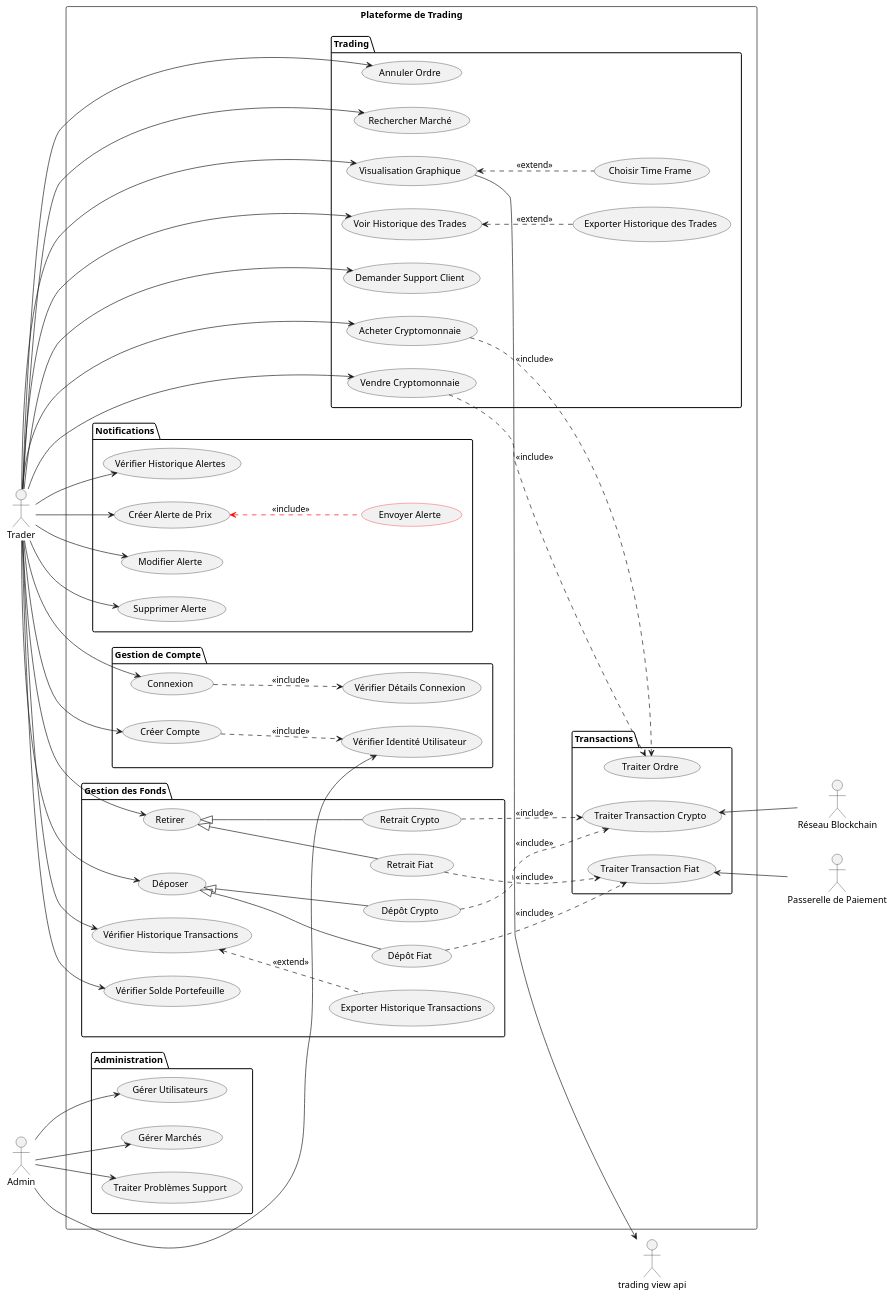
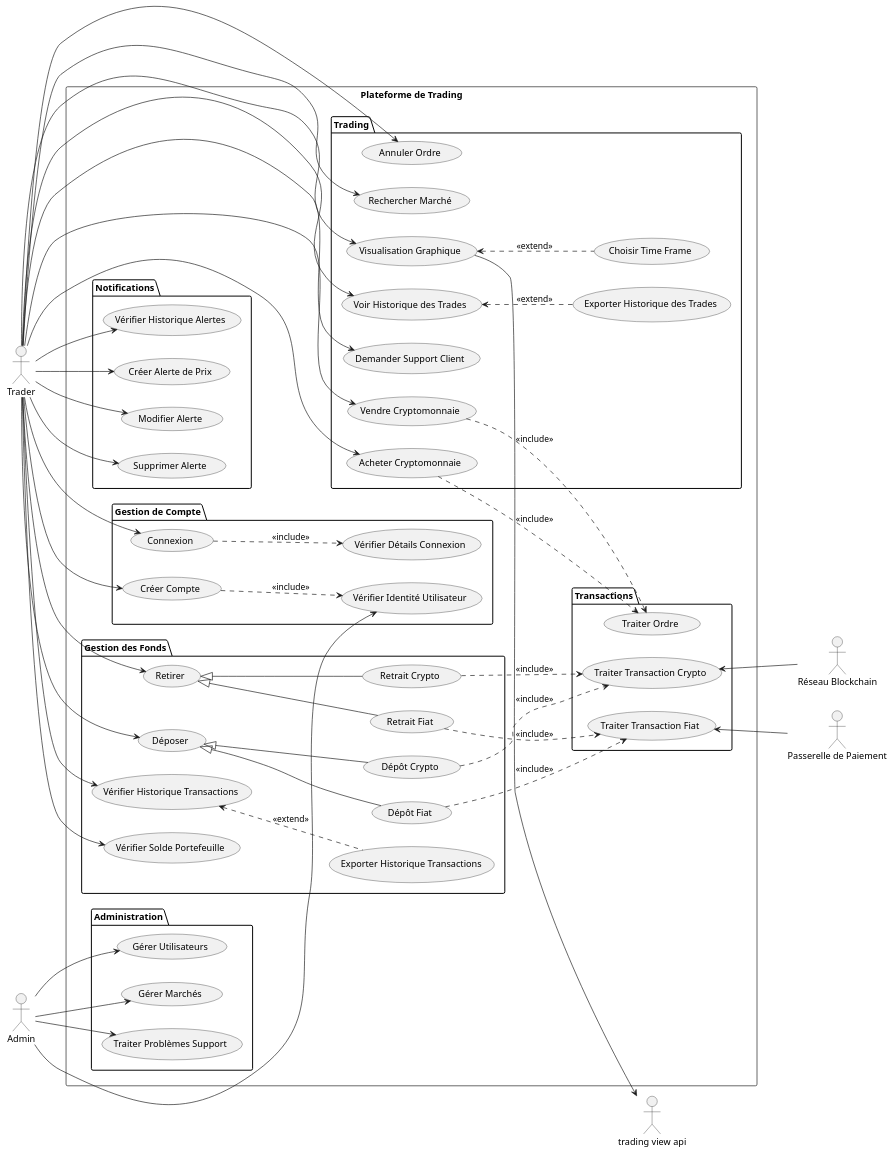
Before and after one commit to Hsouna-M/TradingPlatformConception: the diagram in Diagrams/Unofficial/usecase_francais.plantuml, drawn with PlantUML. The commit also changed 1 other file, not shown here.

Commit message:
fixed usecase and made first state diagram

```diff
--- a/Diagrams/Unofficial/usecase_francais.plantuml
+++ b/Diagrams/Unofficial/usecase_francais.plantuml
@@ -1,138 +1,136 @@
 @startuml tradingPlatform
 left to right direction
 
 
 actor "Trader" as t
 actor "Admin" as a
 actor "Réseau Blockchain" as blockchainNetwork
 actor "Passerelle de Paiement" as PaymentGateway
 actor "trading view api" as trading_api
 
 
 
 rectangle "Plateforme de Trading" {
 
     package Transactions{
         usecase "Traiter Transaction Crypto" as miningTransaction
         usecase "Traiter Transaction Fiat" as fiatAuthConf
         usecase "Traiter Ordre" as processOrder
 
     }
     package Trading{
 
         usecase "Annuler Ordre" as CancelOrder
         usecase "Rechercher Marché" as search
         usecase "Visualisation Graphique" as chart_visual
 
         usecase "Choisir Time Frame" as time_frame
 
         usecase "Voir Historique des Trades" as hist_trade
 
         usecase "Exporter Historique des Trades" as export
 
         usecase "Demander Support Client" as clientSupport
         usecase "Acheter Cryptomonnaie" as buy
         usecase "Vendre Cryptomonnaie" as sell
 
         chart_visual <.. time_frame : <<extend>>
         hist_trade <.. export : <<extend>>
 
 
 }
 
 buy ..> processOrder : <<include>>
 sell ..> processOrder : <<include>>
 
     package "Gestion des Fonds"{
 
         usecase "Déposer" as deposit
         usecase "Dépôt Crypto" as depositCrypto
         usecase "Dépôt Fiat" as depositFiat
         usecase "Retirer" as withdraw
         usecase "Retrait Crypto" as withdrawCrypto
         usecase "Retrait Fiat" as withdrawFiat
 
         usecase "Vérifier Historique Transactions" as transactionHistory
         usecase "Vérifier Solde Portefeuille" as balanceHistory
         usecase "Exporter Historique Transactions" as transactionHistory_export
 
         withdraw <|-- withdrawFiat
         withdraw <|-- withdrawCrypto
         deposit <|-- depositCrypto
         deposit <|-- depositFiat
         transactionHistory <.. transactionHistory_export : <<extend>>
 
 
      }
 
 withdrawCrypto ..> miningTransaction  : <<include>>
 depositCrypto ..> miningTransaction : <<include>>
 withdrawFiat ..> fiatAuthConf  : <<include>>
 depositFiat ..> fiatAuthConf  : <<include>>
 
    package Notifications {
 
-        usecase "Envoyer Alerte" as sendAlert #line:Red
         usecase "Vérifier Historique Alertes" as notif_history
         usecase "Créer Alerte de Prix" as createAlert
         usecase "Modifier Alerte" as modifyAlert
         usecase "Supprimer Alerte" as deleteAlert
 
 
-         createAlert <.. sendAlert #line:Red : <<include>>
 
     }
 
     package "Gestion de Compte"{
 
         usecase "Créer Compte" as register
         usecase "Connexion" as login
         usecase "Vérifier Détails Connexion" as verifyLogin
         usecase "Vérifier Identité Utilisateur" as verify_identity
 
         login ..> verifyLogin : <<include>>
         register ..> verify_identity : <<include>>
 
      }
     package Administration{
 
         usecase "Gérer Utilisateurs" as manage_users
         usecase "Gérer Marchés" as manage_markets
         usecase "Traiter Problèmes Support" as handleSupport
      }
 
 
 t --> sell
 t --> buy
 t --> chart_visual
 t --> search
 t --> CancelOrder
 t --> hist_trade
 t --> clientSupport
 
 t --> withdraw
 t --> deposit
 t --> transactionHistory
 t --> balanceHistory
 
 t --> register
 t --> login
 
 t --> createAlert
 t --> modifyAlert
 t --> notif_history
 t --> deleteAlert
 
 a --> manage_users
 a --> manage_markets
 a --> handleSupport
 
 a --> verify_identity
 
 chart_visual --> trading_api
 
 fiatAuthConf <-- PaymentGateway
 miningTransaction <-- blockchainNetwork
 }
 
 @enduml
```
